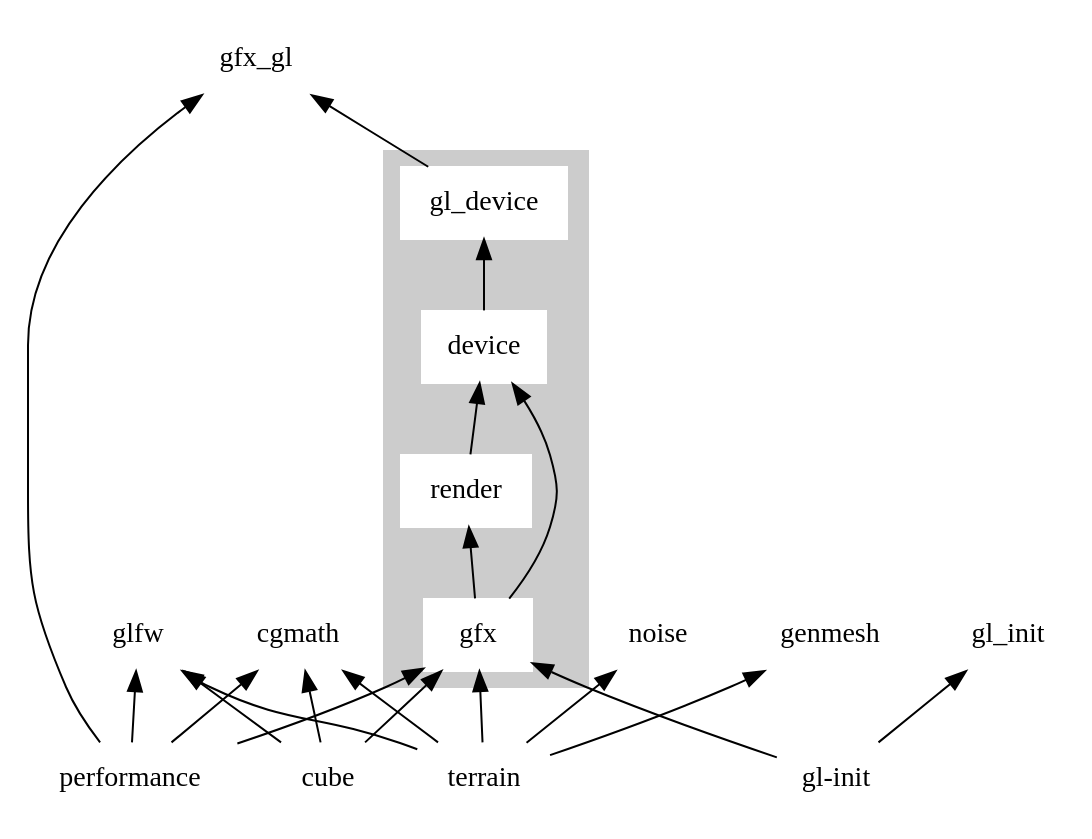
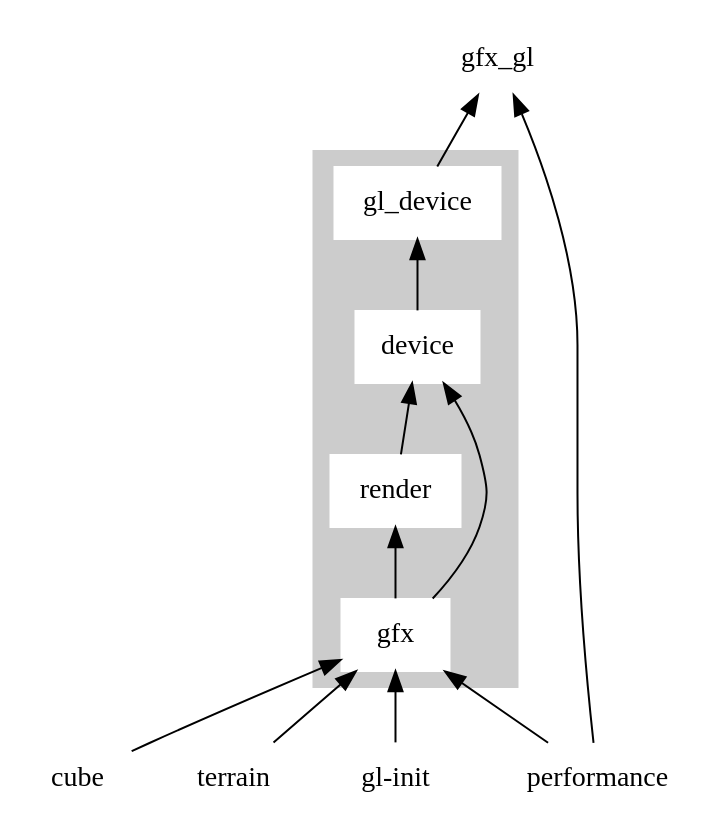
Before and after one commit to gfx-rs/gfx: the diagram in diagrams/gv/dependencies.gv, drawn with Graphviz. The commit also changed 1 other file, not shown here.

Commit message:
Simplify diagram by leaving out the other dependencies for the examples

```diff
--- a/diagrams/gv/dependencies.gv
+++ b/diagrams/gv/dependencies.gv
@@ -1,37 +1,25 @@
 digraph gfx {
     rankdir=BT;
 
+    # Main gfx-rs crates
     subgraph cluster_gfx {
         style=filled;
         color=gray80;
 
         node [shape=box, style=filled, color=white];
         "gfx" -> "render";
         "gfx" -> "device";
         "render" -> "device";
         "device" -> "gl_device";
     }
 
+    # Examples and external dependencies
     node [shape=none];
 
     "gl_device" -> "gfx_gl";
-
     "cube" -> "gfx";
-    "cube" -> "glfw";
-    "cube" -> "cgmath";
-
     "terrain" -> "gfx";
-    "terrain" -> "glfw";
-    "terrain" -> "cgmath";
-    "terrain" -> "genmesh";
-    "terrain" -> "noise";
-
     "gl-init" -> "gfx";
-    "gl-init" -> "gl_init";
-
     "performance" -> "gfx";
-    "performance" -> "glfw";
     "performance" -> "gfx_gl";
-    "performance" -> "cgmath";
-
 }
```
